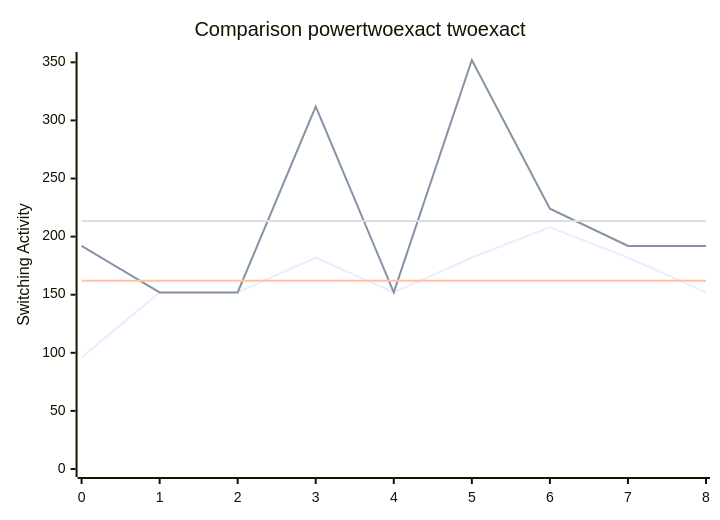
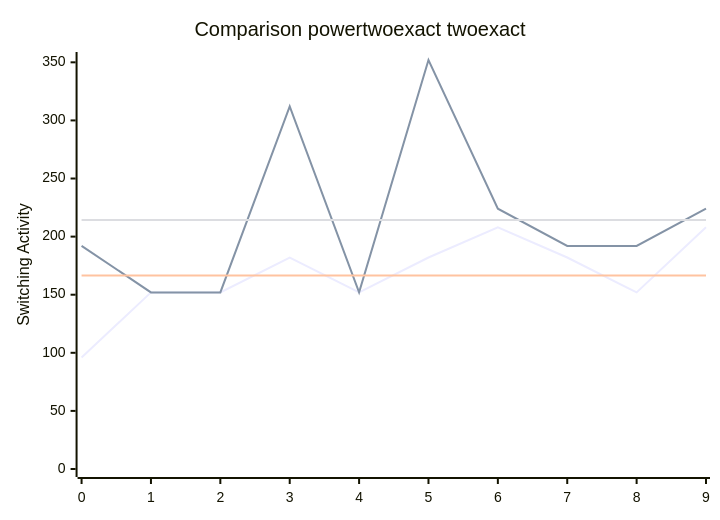
The diagram in benchmark.md (FeldmeierMichael/Exact-Power-Synthesis), drawn with Mermaid before and after one commit. The commit also changed other lines of this file and 2 other files, not shown here.

````diff
--- a/benchmark.md
+++ b/benchmark.md
@@ -20,10 +22,10 @@
 ```mermaid
 xychart-beta
     title "Comparison powertwoexact twoexact"
-    x-axis [0, 1, 2, 3, 4, 5, 6, 7, 8]
+    x-axis [0, 1, 2, 3, 4, 5, 6, 7, 8, 9]
     y-axis "Switching Activity" 0-->352
-    line [96, 152, 152, 182, 152, 182, 208, 182, 152]
-    line [192, 152, 152, 312, 152, 352, 224, 192, 192]
-    line [162.0, 162.0, 162.0, 162.0, 162.0, 162.0, 162.0, 162.0, 162.0]
-    line [213.33333333333334, 213.33333333333334, 213.33333333333334, 213.33333333333334, 213.33333333333334, 213.33333333333334, 213.33333333333334, 213.33333333333334, 213.33333333333334]
+    line [96, 152, 152, 182, 152, 182, 208, 182, 152, 208]
+    line [192, 152, 152, 312, 152, 352, 224, 192, 192, 224]
+    line [166.6, 166.6, 166.6, 166.6, 166.6, 166.6, 166.6, 166.6, 166.6, 166.6]
+    line [214.4, 214.4, 214.4, 214.4, 214.4, 214.4, 214.4, 214.4, 214.4, 214.4]
 ```
````
